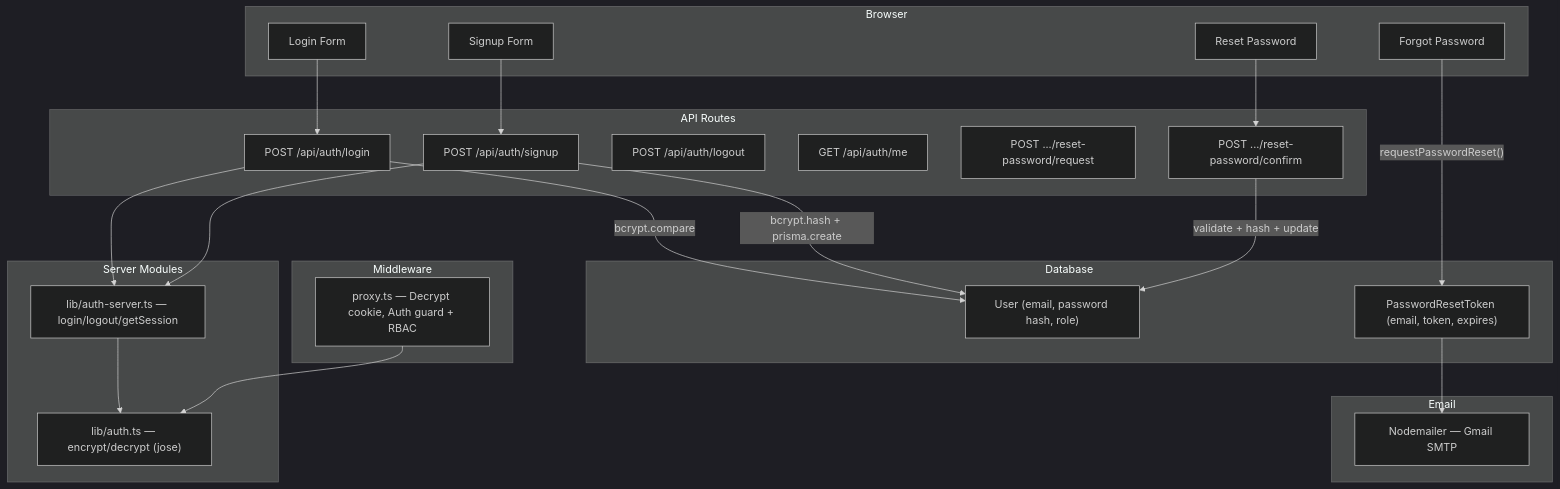
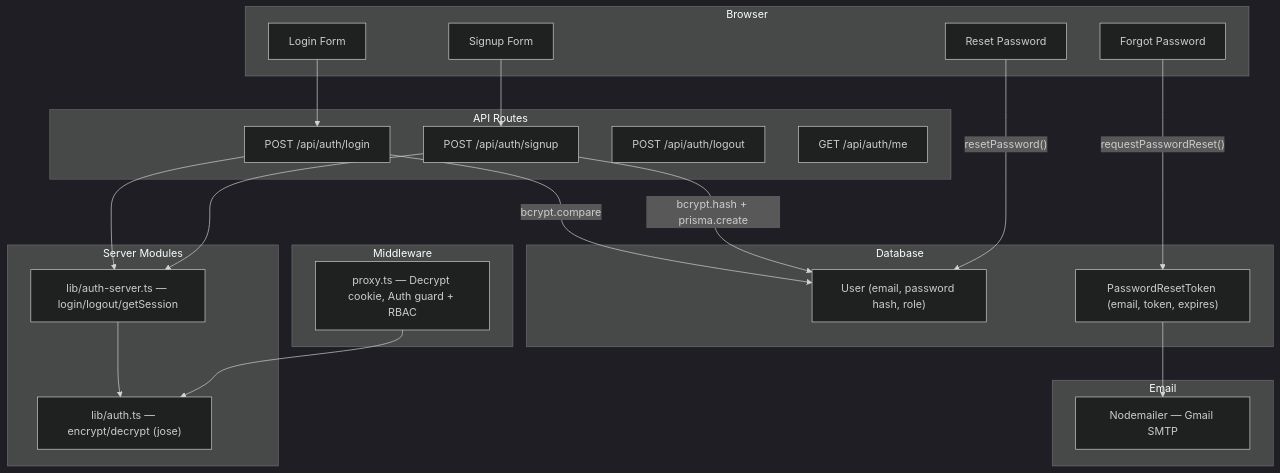
The third of 44 diagrams in OVERVIEW.md (asefahmed500/Smart-Task-App_IIT_DU_Final_Project), drawn with Mermaid (dark theme) before and after one commit. The commit also changed other lines of this file and 55 other files, not shown here.

First line of the commit message:
Remove duplicate reset-password API routes, split column helpers, harden auth and sockets, trim deps

````diff
--- a/OVERVIEW.md
+++ b/OVERVIEW.md
@@ -186,49 +186,46 @@
 ```mermaid
 graph TB
     subgraph "Browser"
         LOGIN_FORM["Login Form"]
         SIGNUP_FORM["Signup Form"]
         FORGOT_FORM["Forgot Password"]
         RESET_FORM["Reset Password"]
     end
 
     subgraph "API Routes"
         LOGIN_RT["POST /api/auth/login"]
         SIGNUP_RT["POST /api/auth/signup"]
         LOGOUT_RT["POST /api/auth/logout"]
         ME_RT["GET /api/auth/me"]
-        REQ_RT["POST .../reset-password/request"]
-        CONF_RT["POST .../reset-password/confirm"]
     end
 
     subgraph "Server Modules"
         AUTH_LIB["lib/auth.ts — encrypt/decrypt (jose)"]
         AUTH_SRV["lib/auth-server.ts — login/logout/getSession"]
     end
 
     subgraph "Middleware"
         PROXY["proxy.ts — Decrypt cookie, Auth guard + RBAC"]
     end
 
     subgraph "Database"
         USER_T["User (email, password hash, role)"]
         TOKEN_T["PasswordResetToken (email, token, expires)"]
     end
 
     subgraph "Email"
         MAILER["Nodemailer — Gmail SMTP"]
     end
 
     LOGIN_FORM --> LOGIN_RT
     SIGNUP_FORM --> SIGNUP_RT
     LOGIN_RT -->|"bcrypt.compare"| USER_T
     LOGIN_RT --> AUTH_SRV
     AUTH_SRV --> AUTH_LIB
     SIGNUP_RT -->|"bcrypt.hash + prisma.create"| USER_T
     SIGNUP_RT --> AUTH_SRV
     FORGOT_FORM -->|"requestPasswordReset()"| TOKEN_T
     TOKEN_T --> MAILER
-    RESET_FORM --> CONF_RT
-    CONF_RT -->|"validate + hash + update"| USER_T
+    RESET_FORM -->|"resetPassword()"| USER_T
     PROXY --> AUTH_LIB
 ```
````
